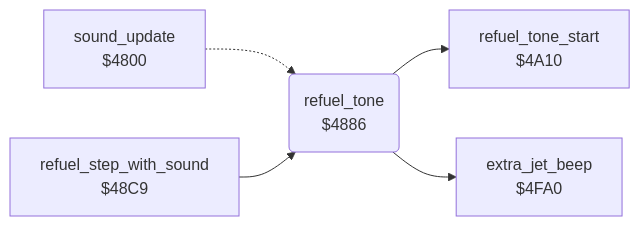
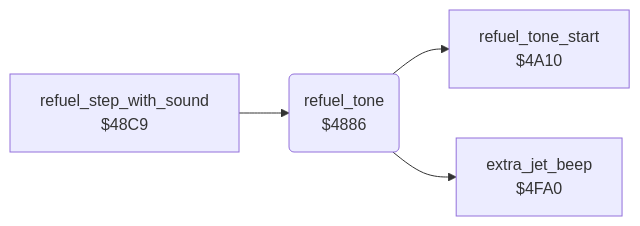
One commit to henols/c64_games changed the diagram in falcon_patrol/docs/reference/modules/sound/sound_update_4880.md. Above: the diagram before and after it, drawn with Mermaid. The commit also changed other lines of this file and 1100 other files, not shown here.

````diff
--- a/falcon_patrol/docs/reference/modules/sound/sound_update_4880.md
+++ b/falcon_patrol/docs/reference/modules/sound/sound_update_4880.md
@@ -10,12 +17,10 @@
 ```mermaid
 flowchart LR
-  n4800["sound_update<br/>$4800"]
   n4886("refuel_tone<br/>$4886")
   n48c9["refuel_step_with_sound<br/>$48C9"]
   n4a10["refuel_tone_start<br/>$4A10"]
   n4fa0["extra_jet_beep<br/>$4FA0"]
-  n4800 -.-> n4886
   n4886 --> n4a10
   n4886 --> n4fa0
   n48c9 --> n4886
 ```
````
